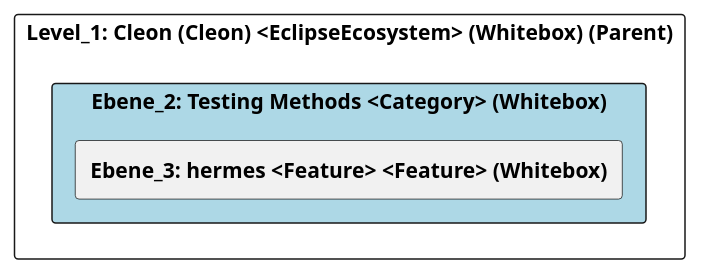
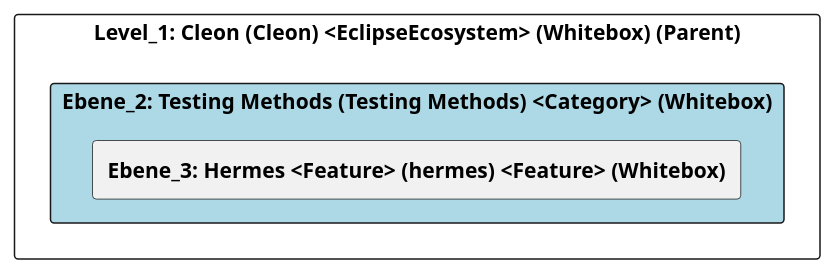
Before and after one commit to marcozwyssig/cleon: the diagram in doc/cleonproject_deliverables_architecture_model_architecture/adoc/de/05_bausteinsicht/cleon/testing_methods/ebene_2_testing_methods.adoc, drawn with PlantUML. The commit also changed other lines of this file and 166 other files, not shown here.

```diff
--- a/doc/cleonproject_deliverables_architecture_model_architecture/adoc/de/05_bausteinsicht/cleon/testing_methods/ebene_2_testing_methods.adoc
+++ b/doc/cleonproject_deliverables_architecture_model_architecture/adoc/de/05_bausteinsicht/cleon/testing_methods/ebene_2_testing_methods.adoc
@@ -21,26 +21,26 @@
-[plantuml, Ebene_2: Testing Methods <Category> (Whitebox)BlockOverview, format="svg"]
+[plantuml, Ebene_2: Testing Methods (Testing Methods) <Category> (Whitebox)BlockOverview, format="svg"]
 ----
-@startuml Ebene_2: Testing Methods <Category> (Whitebox)BuildingBlockOverview
+@startuml Ebene_2: Testing Methods (Testing Methods) <Category> (Whitebox)BuildingBlockOverview
 
 skinparam ranksep 10
 skinparam componentStyle rectangle
 skinparam shadowing false
 skinparam arrowColor lightblue
 skinparam arrowThickness 1.2
 skinparam rectangle {
   BackgroundColor White
   BorderColor #333
   RoundCorner 10
 }
 top to bottom direction
 
 component "Level_1: Cleon (Cleon) <EclipseEcosystem> (Whitebox) (Parent)" {
-    component "Ebene_2: Testing Methods <Category> (Whitebox)" #lightblue {
-        [**Ebene_3: hermes <Feature> <Feature> (Whitebox)**] as 49057F35_D579_11EE_903E_9F564E4DE07E
+    component "Ebene_2: Testing Methods (Testing Methods) <Category> (Whitebox)" #lightblue {
+        [**Ebene_3: Hermes <Feature> (hermes) <Feature> (Whitebox)**] as 49057F35_D579_11EE_903E_9F564E4DE07E
     }
 
     
 }
 
 @enduml
 ----
```
